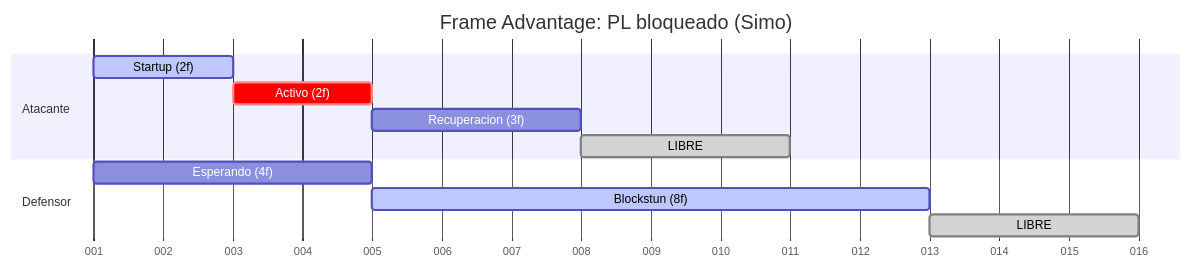
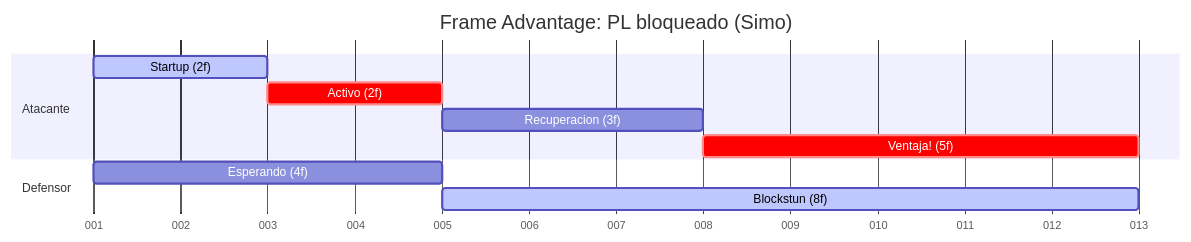
Before and after one commit to simon0191/a-los-traques: the third of 5 diagrams in docs/guia-de-combate.md, drawn with Mermaid. The commit also changed other lines of this file, not shown here.

Commit message:
Improve frame advantage diagram: show attack window instead of LIBRE
Replace vague "LIBRE" bars with a "Ventaja! (5f)" bar on the attacker
showing the concrete window to attack while the defender is still stunned.

````diff
--- a/docs/guia-de-combate.md
+++ b/docs/guia-de-combate.md
@@ -94,18 +94,17 @@
 ```mermaid
 gantt
     title Frame Advantage: PL bloqueado (Simo)
     dateFormat YYYY-MM-DD
     axisFormat %j
     tickInterval 1day
 
     section Atacante
     Startup (2f)      :active, a_s, 2025-01-01, 2d
     Activo (2f)       :crit, a_a, after a_s, 2d
     Recuperacion (3f) :a_r, after a_a, 3d
-    LIBRE             :done, a_f, after a_r, 3d
+    Ventaja! (5f)     :crit, a_v, after a_r, 5d
 
     section Defensor
     Esperando (4f)    :d_w, 2025-01-01, 4d
     Blockstun (8f)    :active, d_b, after d_w, 8d
-    LIBRE             :done, d_f, after d_b, 3d
 ```
````
